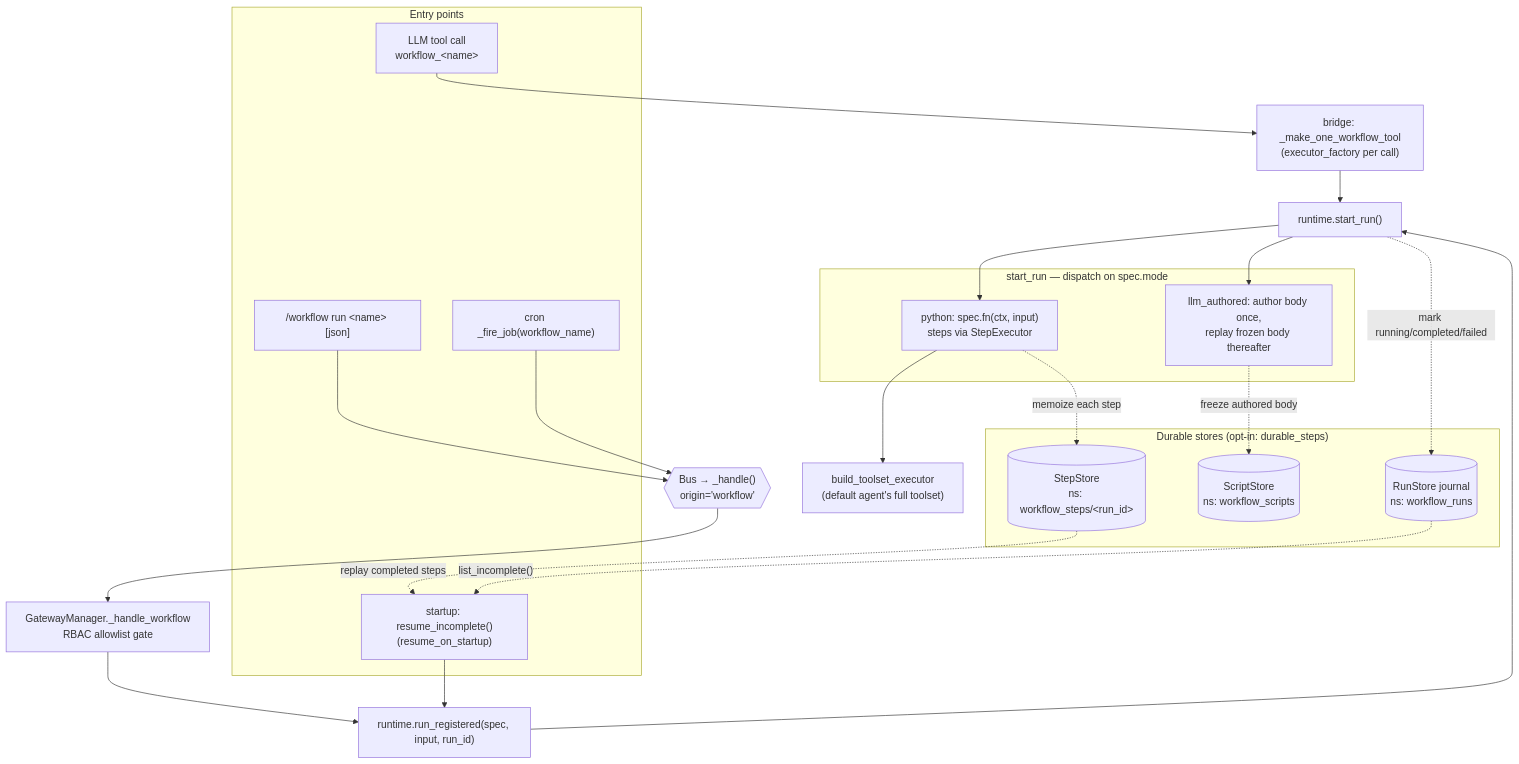
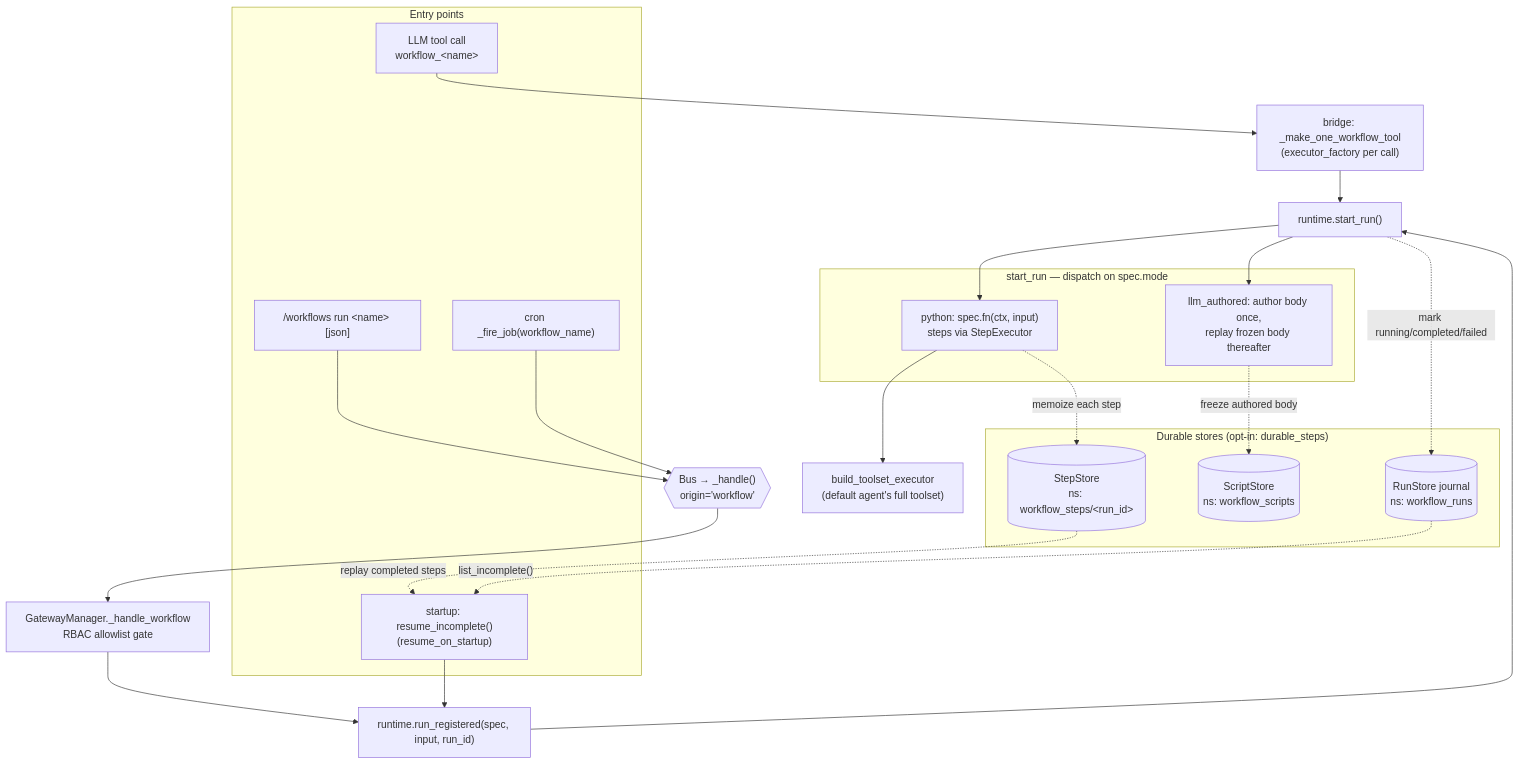
The fourth of 4 diagrams in docs/ARCHITECTURE.md (tisu19021997/langclaw), drawn with Mermaid before and after one commit. The commit also changed other lines of this file and 8 other files, not shown here.

````diff
--- a/docs/ARCHITECTURE.md
+++ b/docs/ARCHITECTURE.md
@@ -114,42 +114,42 @@
 ```mermaid
 flowchart TB
     subgraph Entry["Entry points"]
         T["LLM tool call<br/>workflow_&lt;name&gt;"]
-        CMD["/workflow run &lt;name&gt; [json]"]
+        CMD["/workflows run &lt;name&gt; [json]"]
         CR["cron _fire_job(workflow_name)"]
         RS["startup: resume_incomplete()<br/>(resume_on_startup)"]
     end
 
     BR["bridge: _make_one_workflow_tool<br/>(executor_factory per call)"]
     BUS{{"Bus → _handle()<br/>origin='workflow'"}}
     HW["GatewayManager._handle_workflow<br/>RBAC allowlist gate"]
     RR["runtime.run_registered(spec, input, run_id)"]
     SR["runtime.start_run()"]
 
     T --> BR --> SR
     CMD --> BUS --> HW --> RR
     CR --> BUS
     RR --> SR
     RS --> RR
 
     subgraph Dispatch["start_run — dispatch on spec.mode"]
         PY["python: spec.fn(ctx, input)<br/>steps via StepExecutor"]
         L2["llm_authored: author body once,<br/>replay frozen body thereafter"]
     end
     SR --> PY
     SR --> L2
 
     EX["build_toolset_executor<br/>(default agent's full toolset)"]
     PY --> EX
 
     subgraph Stores["Durable stores (opt-in: durable_steps)"]
         SS[("StepStore<br/>ns: workflow_steps/&lt;run_id&gt;")]
         SC[("ScriptStore<br/>ns: workflow_scripts")]
         RJ[("RunStore journal<br/>ns: workflow_runs")]
     end
     PY -. "memoize each step" .-> SS
     L2 -. "freeze authored body" .-> SC
     SR -. "mark running/completed/failed" .-> RJ
     RJ -. "list_incomplete()" .-> RS
     SS -. "replay completed steps" .-> RS
 ```
````
